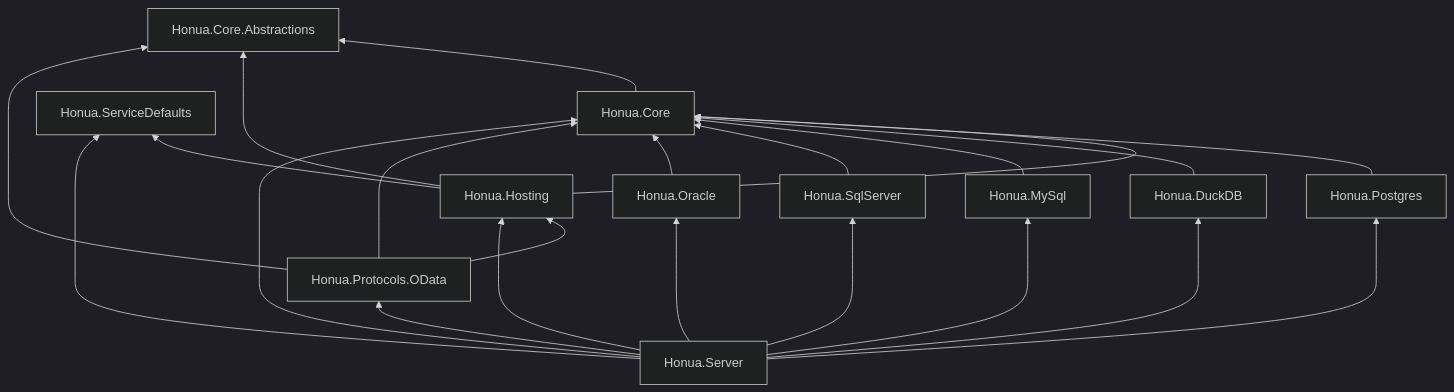
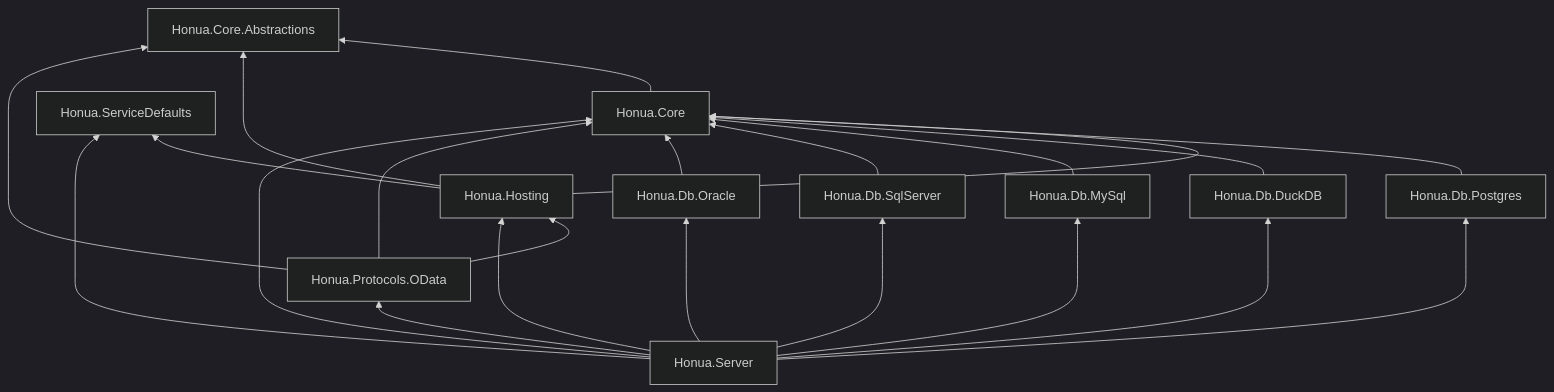
One commit to honua-io/honua-server changed the diagram in docs/internal/contributor/architecture-overview.md. Above: the diagram before and after it, drawn with Mermaid (dark theme). The commit also changed other lines of this file and 648 other files, not shown here.

````diff
--- a/docs/internal/contributor/architecture-overview.md
+++ b/docs/internal/contributor/architecture-overview.md
@@ -55,36 +55,36 @@
 ```mermaid
 graph BT
     Abstractions[Honua.Core.Abstractions]
     Core[Honua.Core]
     Hosting[Honua.Hosting]
     ServiceDefaults[Honua.ServiceDefaults]
-    Postgres[Honua.Postgres]
-    DuckDB[Honua.DuckDB]
-    MySql[Honua.MySql]
-    SqlServer[Honua.SqlServer]
-    Oracle[Honua.Oracle]
+    Postgres[Honua.Db.Postgres]
+    DuckDB[Honua.Db.DuckDB]
+    MySql[Honua.Db.MySql]
+    SqlServer[Honua.Db.SqlServer]
+    Oracle[Honua.Db.Oracle]
     Protocols[Honua.Protocols.OData]
     Server[Honua.Server]
 
     Core --> Abstractions
     Hosting --> Abstractions
     Hosting --> Core
     Hosting --> ServiceDefaults
     Postgres --> Core
     DuckDB --> Core
     MySql --> Core
     SqlServer --> Core
     Oracle --> Core
     Protocols --> Abstractions
     Protocols --> Core
     Protocols --> Hosting
     Server --> Core
     Server --> Hosting
     Server --> ServiceDefaults
     Server --> Postgres
     Server --> DuckDB
     Server --> MySql
     Server --> SqlServer
     Server --> Oracle
     Server --> Protocols
 ```
````
